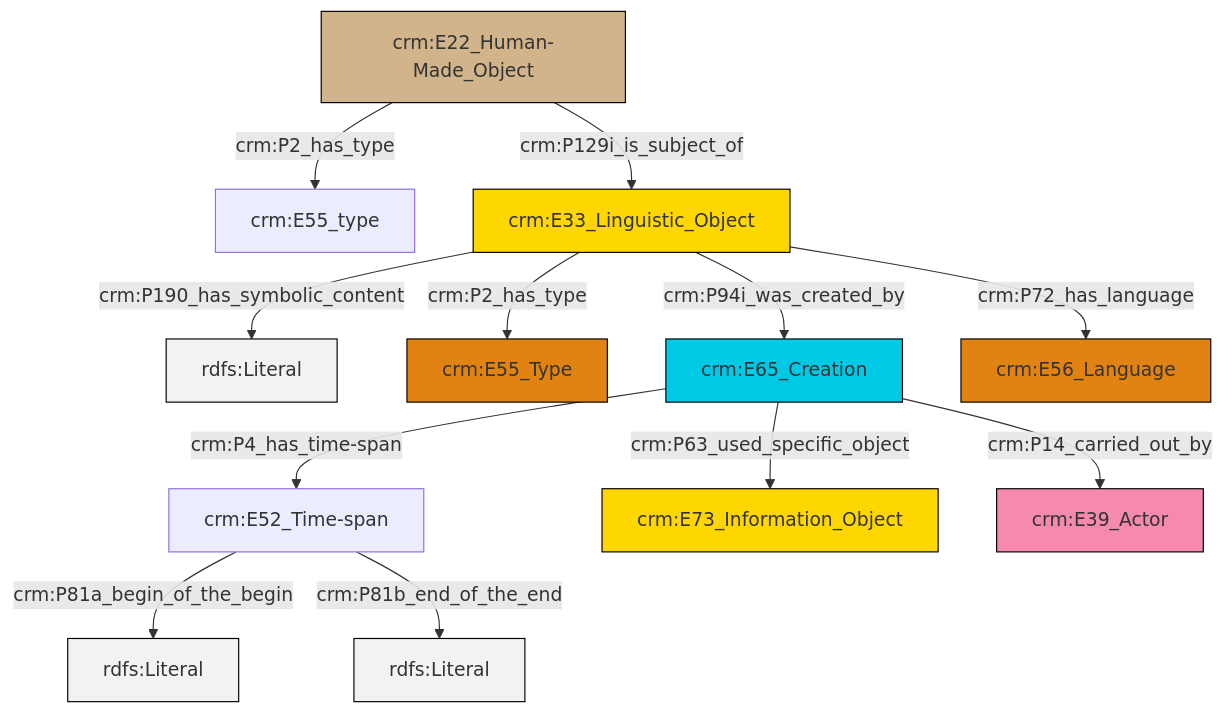
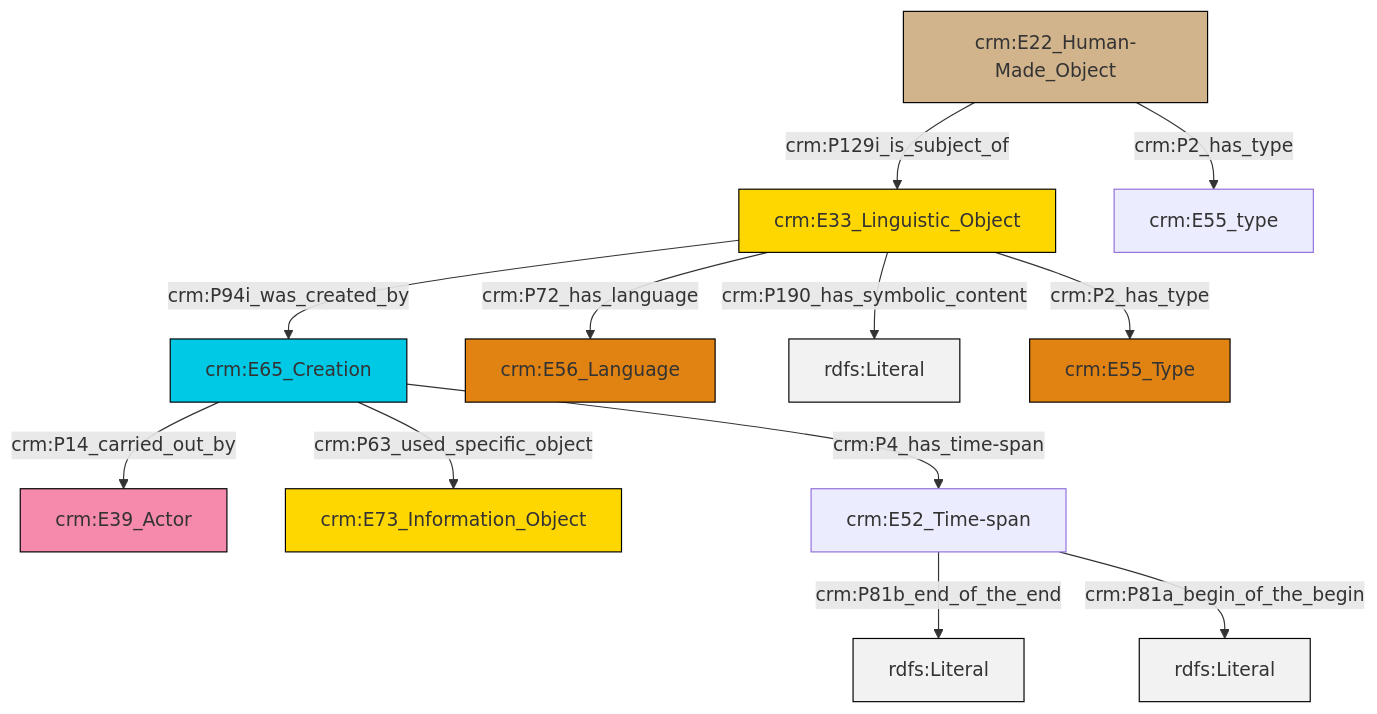
The diagram in et/builtWorkCSV/ttl/mmd/Built_Work_description.ttl.mmd (swiss-art-research-net/reference-data-models), drawn with Mermaid before and after one commit. The commit also changed 129 other files, not shown here.

```diff
--- a/et/builtWorkCSV/ttl/mmd/Built_Work_description.ttl.mmd
+++ b/et/builtWorkCSV/ttl/mmd/Built_Work_description.ttl.mmd
@@ -1,26 +1,26 @@
 graph TD
 classDef Literal fill:#f2f2f2,stroke:#000000;
 classDef CRM_Entity fill:#FFFFFF,stroke:#000000;
 classDef Temporal_Entity fill:#00C9E6, stroke:#000000;
 classDef Type fill:#E18312, stroke:#000000;
 classDef Time-Span fill:#2C9C91, stroke:#000000;
 classDef Appellation fill:#FFEB7F, stroke:#000000;
 classDef Place fill:#008836, stroke:#000000;
 classDef Persistent_Item fill:#B266B2, stroke:#000000;
 classDef Conceptual_Object fill:#FFD700, stroke:#000000;
 classDef Physical_Thing fill:#D2B48C, stroke:#000000;
 classDef Actor fill:#f58aad, stroke:#000000;
 classDef PC_Classes fill:#4ce600, stroke:#000000;
 classDef Multi fill:#cccccc,stroke:#000000;
 
-2["crm:E33_Linguistic_Object"]:::Conceptual_Object -->|crm:P190_has_symbolic_content| 3[rdfs:Literal]:::Literal
-4["crm:E22_Human-Made_Object"]:::Physical_Thing -->|crm:P129i_is_subject_of| 2["crm:E33_Linguistic_Object"]:::Conceptual_Object
-7["crm:E52_Time-span"]:::Default -->|crm:P81a_begin_of_the_begin| 9[rdfs:Literal]:::Literal
-2["crm:E33_Linguistic_Object"]:::Conceptual_Object -->|crm:P94i_was_created_by| 11["crm:E65_Creation"]:::Temporal_Entity
-7["crm:E52_Time-span"]:::Default -->|crm:P81b_end_of_the_end| 13[rdfs:Literal]:::Literal
-4["crm:E22_Human-Made_Object"]:::Physical_Thing -->|crm:P2_has_type| 0["crm:E55_type"]:::Default
-2["crm:E33_Linguistic_Object"]:::Conceptual_Object -->|crm:P72_has_language| 14["crm:E56_Language"]:::Type
-2["crm:E33_Linguistic_Object"]:::Conceptual_Object -->|crm:P2_has_type| 5["crm:E55_Type"]:::Type
-11["crm:E65_Creation"]:::Temporal_Entity -->|crm:P14_carried_out_by| 17["crm:E39_Actor"]:::Actor
-11["crm:E65_Creation"]:::Temporal_Entity -->|crm:P63_used_specific_object| 15["crm:E73_Information_Object"]:::Conceptual_Object
-11["crm:E65_Creation"]:::Temporal_Entity -->|crm:P4_has_time-span| 7["crm:E52_Time-span"]:::Default
+2["crm:E65_Creation"]:::Temporal_Entity -->|crm:P63_used_specific_object| 3["crm:E73_Information_Object"]:::Conceptual_Object
+4["crm:E33_Linguistic_Object"]:::Conceptual_Object -->|crm:P94i_was_created_by| 2["crm:E65_Creation"]:::Temporal_Entity
+2["crm:E65_Creation"]:::Temporal_Entity -->|crm:P14_carried_out_by| 0["crm:E39_Actor"]:::Actor
+6["crm:E52_Time-span"]:::Default -->|crm:P81b_end_of_the_end| 7[rdfs:Literal]:::Literal
+4["crm:E33_Linguistic_Object"]:::Conceptual_Object -->|crm:P72_has_language| 8["crm:E56_Language"]:::Type
+2["crm:E65_Creation"]:::Temporal_Entity -->|crm:P4_has_time-span| 6["crm:E52_Time-span"]:::Default
+10["crm:E22_Human-Made_Object"]:::Physical_Thing -->|crm:P2_has_type| 13["crm:E55_type"]:::Default
+4["crm:E33_Linguistic_Object"]:::Conceptual_Object -->|crm:P190_has_symbolic_content| 15[rdfs:Literal]:::Literal
+4["crm:E33_Linguistic_Object"]:::Conceptual_Object -->|crm:P2_has_type| 17["crm:E55_Type"]:::Type
+10["crm:E22_Human-Made_Object"]:::Physical_Thing -->|crm:P129i_is_subject_of| 4["crm:E33_Linguistic_Object"]:::Conceptual_Object
+6["crm:E52_Time-span"]:::Default -->|crm:P81a_begin_of_the_begin| 20[rdfs:Literal]:::Literal
```
